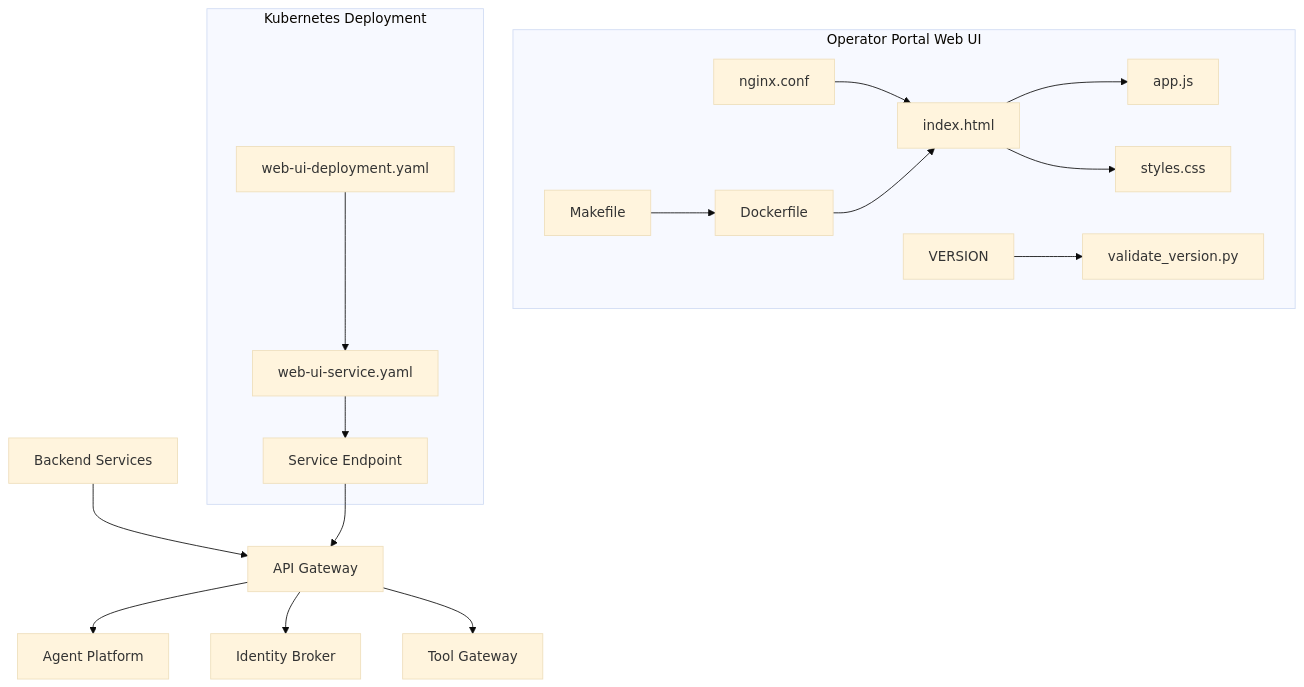
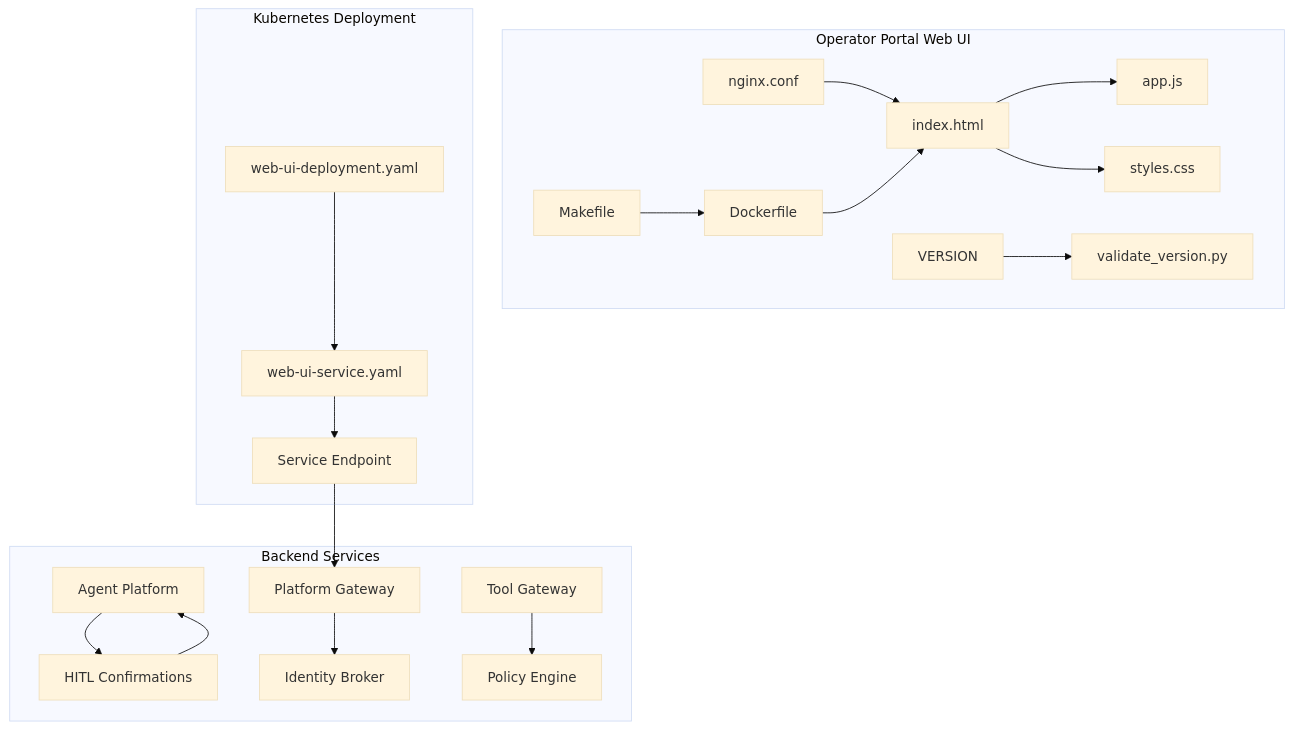
The first of 2 diagrams in .qoder/repowiki/en/content/Operator Portal.md (metasync/luban-aiops), drawn with Mermaid (base theme) before and after one commit. The commit also changed other lines of this file and 24 other files, not shown here.

````diff
--- a/.qoder/repowiki/en/content/Operator Portal.md
+++ b/.qoder/repowiki/en/content/Operator Portal.md
@@ -56,20 +60,22 @@
 ```mermaid
 graph TB
 subgraph "Operator Portal Web UI"
 A[index.html] --> B[app.js]
 A --> C[styles.css]
 D[nginx.conf] --> A
 E[Dockerfile] --> A
 F[Makefile] --> E
 G[VERSION] --> H[validate_version.py]
 end
 subgraph "Kubernetes Deployment"
 I[web-ui-deployment.yaml] --> J[web-ui-service.yaml]
 J --> K[Service Endpoint]
 end
-L[Backend Services] --> M[API Gateway]
-M --> N[Agent Platform]
-M --> O[Identity Broker]
-M --> P[Tool Gateway]
-K --> M
+subgraph "Backend Services"
+L[Agent Platform] --> M[HITL Confirmations]
+N[Platform Gateway] --> O[Identity Broker]
+P[Tool Gateway] --> Q[Policy Engine]
+K --> N
+M --> L
+end
 ```
````
